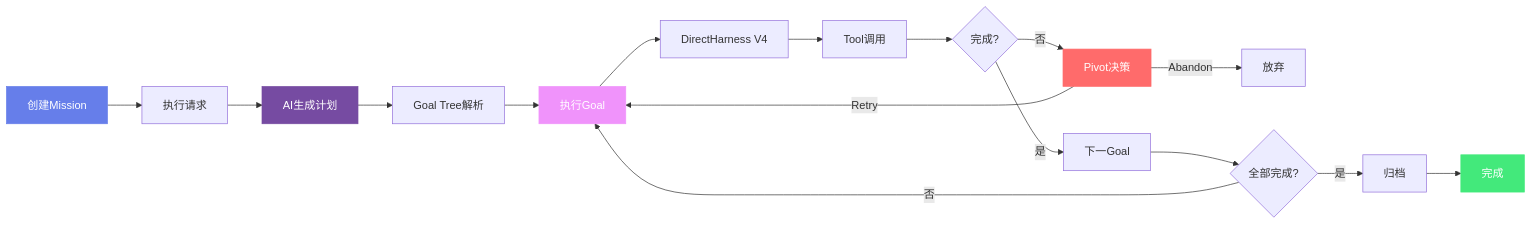
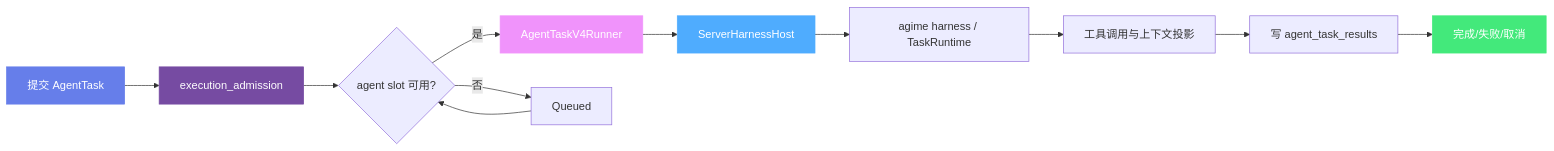
One commit to jsjm1986/AGIME changed the fourth of 8 diagrams in docs/ARCHITECTURE.md. Above: the diagram before and after it, drawn with Mermaid. The commit also changed other lines of this file and 18 other files, not shown here.

````diff
--- a/docs/ARCHITECTURE.md
+++ b/docs/ARCHITECTURE.md
@@ -311,24 +305,19 @@
 ```mermaid
 flowchart LR
-    A[创建Mission] --> B[执行请求]
-    B --> C[AI生成计划]
-    C --> D[Goal Tree解析]
-    D --> E[执行Goal]
-    E --> F[DirectHarness V4]
-    F --> G[Tool调用]
-    G --> H{完成?}
-    H -->|是| J[下一Goal]
-    H -->|否| K[Pivot决策]
-    K -->|Retry| E
-    K -->|Abandon| M[放弃]
-    J --> N{全部完成?}
-    N -->|否| E
-    N -->|是| O[归档]
-    O --> P[完成]
+    A[提交 AgentTask] --> B[execution_admission]
+    B --> C{agent slot 可用?}
+    C -->|是| D[AgentTaskV4Runner]
+    C -->|否| E[Queued]
+    E --> C
+    D --> F[ServerHarnessHost]
+    F --> G[agime harness / TaskRuntime]
+    G --> H[工具调用与上下文投影]
+    H --> I[写 agent_task_results]
+    I --> J[完成/失败/取消]
 
     style A fill:#667eea,stroke:#667eea,color:#ffffff
-    style C fill:#764ba2,stroke:#764ba2,color:#ffffff
-    style E fill:#f093fb,stroke:#f093fb,color:#ffffff
-    style K fill:#ff6b6b,stroke:#ff6b6b,color:#ffffff
-    style P fill:#43e97b,stroke:#43e97b,color:#ffffff
+    style B fill:#764ba2,stroke:#764ba2,color:#ffffff
+    style D fill:#f093fb,stroke:#f093fb,color:#ffffff
+    style F fill:#4facfe,stroke:#4facfe,color:#ffffff
+    style J fill:#43e97b,stroke:#43e97b,color:#ffffff
 ```
````
